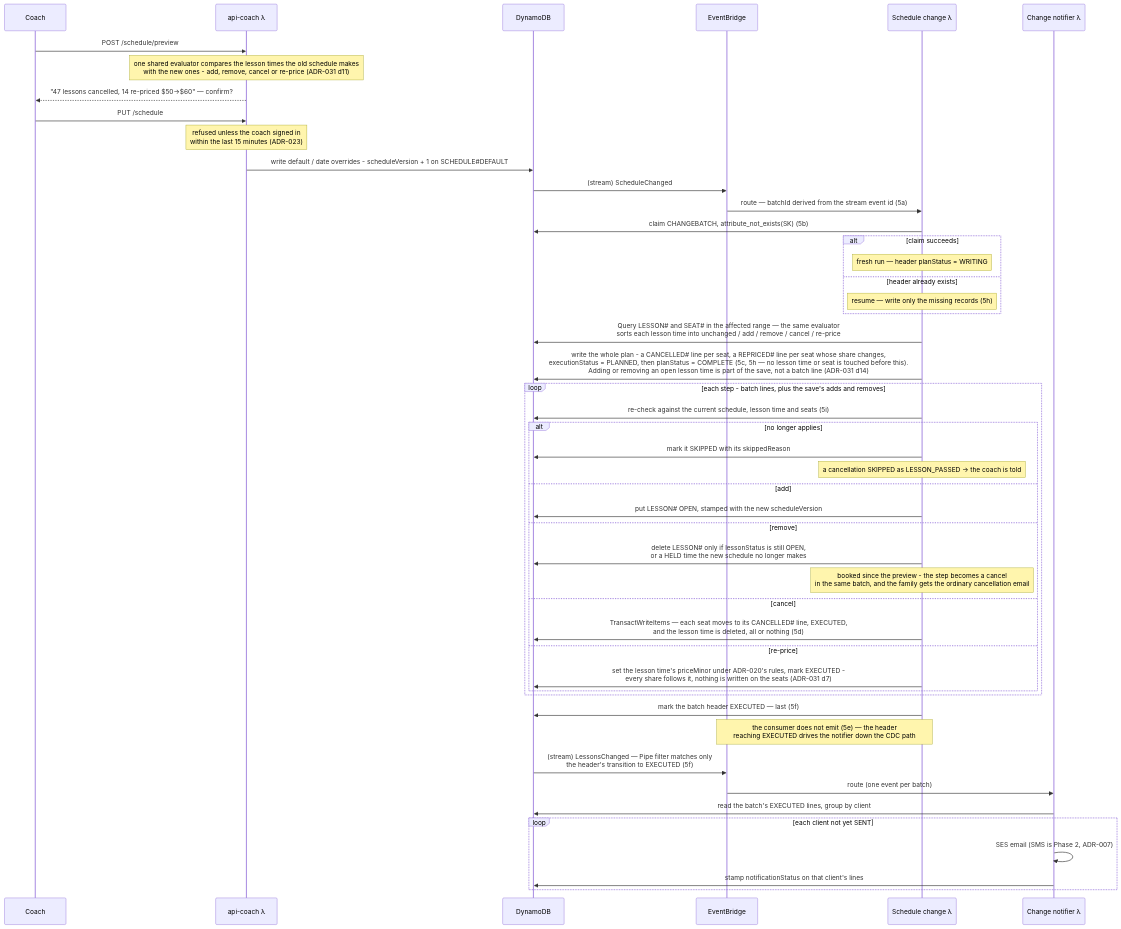
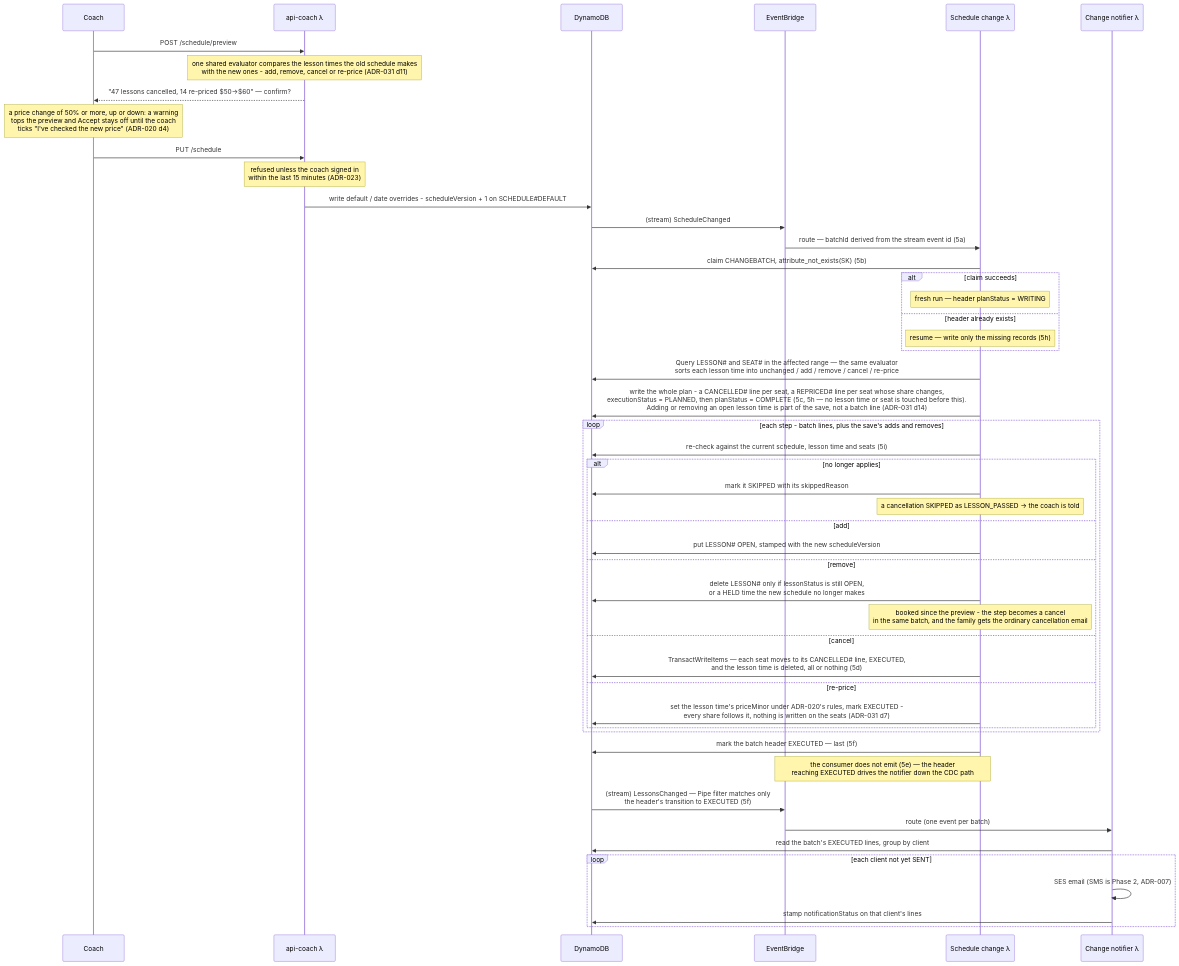
Diagram 15 of 28 in docs/architecture.md (jessicamvega6/bladebook), drawn with Mermaid before and after one commit. The commit also changed other lines of this file and 17 other files, not shown here.

First line of the commit message:
CI on GitHub Actions (ADR-032), canary after deploys, coach email to login address

````diff
--- a/docs/architecture.md
+++ b/docs/architecture.md
@@ -1091,50 +1091,51 @@
 ```mermaid
 sequenceDiagram
     participant C as Coach
     participant API as api-coach λ
     participant DB as DynamoDB
     participant Bus as EventBridge
     participant X as Schedule change λ
     participant N as Change notifier λ
     C->>API: POST /schedule/preview
     Note over API: one shared evaluator compares the lesson times the old schedule makes<br/>with the new ones - add, remove, cancel or re-price (ADR-031 d11)
     API-->>C: "47 lessons cancelled, 14 re-priced $50→$60" — confirm?
+    Note over C: a price change of 50% or more, up or down: a warning<br/>tops the preview and Accept stays off until the coach<br/>ticks "I've checked the new price" (ADR-020 d4)
     C->>API: PUT /schedule
     Note over API: refused unless the coach signed in<br/>within the last 15 minutes (ADR-023)
     API->>DB: write default / date overrides - scheduleVersion + 1 on SCHEDULE#35;DEFAULT
     DB->>Bus: (stream) ScheduleChanged
     Bus->>X: route — batchId derived from the stream event id (5a)
     X->>DB: claim CHANGEBATCH, attribute_not_exists(SK) (5b)
     alt claim succeeds
         Note over X: fresh run — header planStatus = WRITING
     else header already exists
         Note over X: resume — write only the missing records (5h)
     end
     X->>DB: Query LESSON#35; and SEAT#35; in the affected range — the same evaluator<br/>sorts each lesson time into unchanged / add / remove / cancel / re-price
     X->>DB: write the whole plan - a CANCELLED#35; line per seat, a REPRICED#35; line per seat whose share changes,<br/>executionStatus = PLANNED, then planStatus = COMPLETE (5c, 5h — no lesson time or seat is touched before this).<br/>Adding or removing an open lesson time is part of the save, not a batch line (ADR-031 d14)
     loop each step - batch lines, plus the save's adds and removes
         X->>DB: re-check against the current schedule, lesson time and seats (5i)
         alt no longer applies
             X->>DB: mark it SKIPPED with its skippedReason
             Note over X: a cancellation SKIPPED as LESSON_PASSED → the coach is told
         else add
             X->>DB: put LESSON#35; OPEN, stamped with the new scheduleVersion
         else remove
             X->>DB: delete LESSON#35; only if lessonStatus is still OPEN,<br/>or a HELD time the new schedule no longer makes
             Note over X: booked since the preview - the step becomes a cancel<br/>in the same batch, and the family gets the ordinary cancellation email
         else cancel
             X->>DB: TransactWriteItems — each seat moves to its CANCELLED#35; line, EXECUTED,<br/>and the lesson time is deleted, all or nothing (5d)
         else re-price
             X->>DB: set the lesson time's priceMinor under ADR-020's rules, mark EXECUTED -<br/>every share follows it, nothing is written on the seats (ADR-031 d7)
         end
     end
     X->>DB: mark the batch header EXECUTED — last (5f)
     Note over X,Bus: the consumer does not emit (5e) — the header<br/>reaching EXECUTED drives the notifier down the CDC path
     DB->>Bus: (stream) LessonsChanged — Pipe filter matches only<br/>the header's transition to EXECUTED (5f)
     Bus->>N: route (one event per batch)
     N->>DB: read the batch's EXECUTED lines, group by client
     loop each client not yet SENT
         N->>N: SES email (SMS is Phase 2, ADR-007)
         N->>DB: stamp notificationStatus on that client's lines
     end
 ```
````
